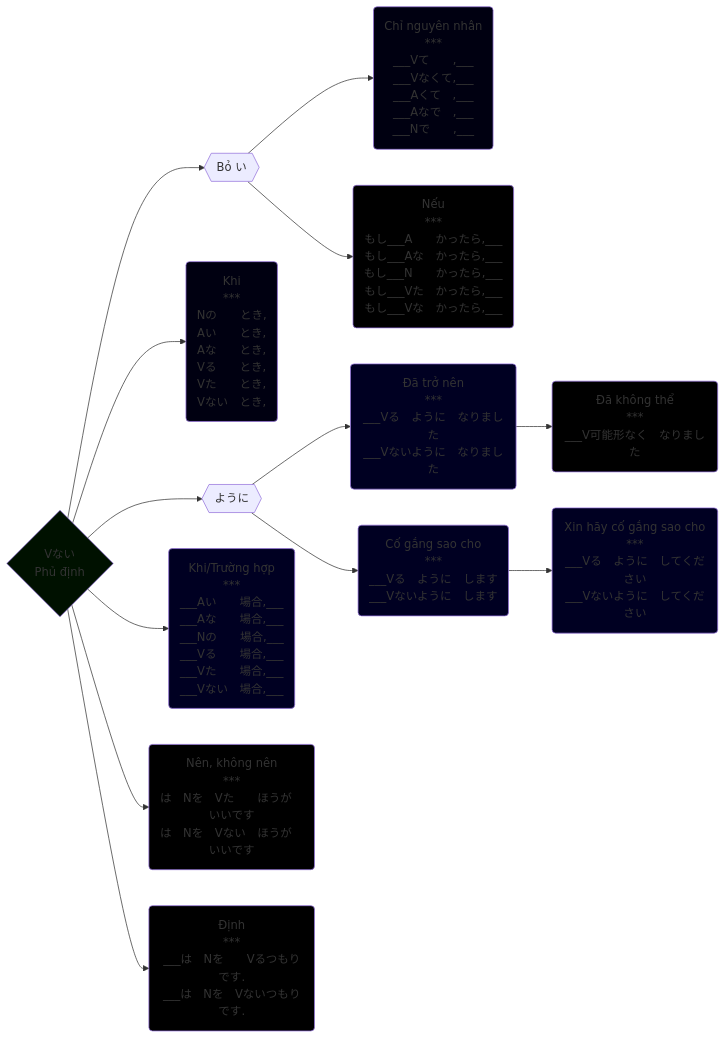
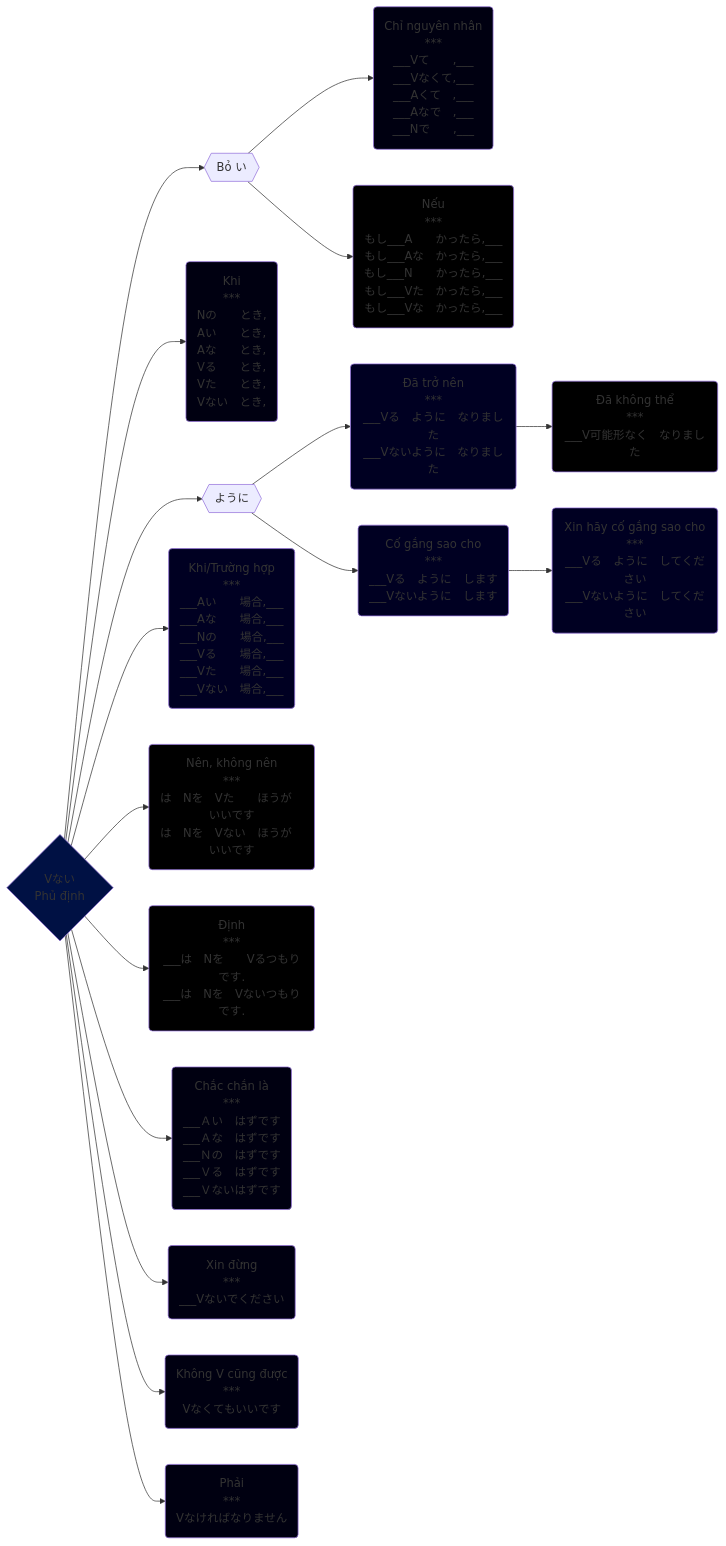
The diagram in The/未然形.md (tea1504/learn), drawn with Mermaid before and after one commit. The commit also changed 9 other files, not shown here.

````diff
--- a/The/未然形.md
+++ b/The/未然形.md
@@ -1,29 +1,37 @@
 ```mermaid
 graph LR;
     V{Vない\n Phủ định}
 
     V-->boI{{Bỏ い}}
     V-->khi(Khi\n***\nNの　　とき,\nAい　　とき,\nAな　　とき,\nVる　　とき,\nVた　　とき,\nVない　とき,)
     boI-->chiNguyenNhan(Chỉ nguyên nhân\n***\n___Vて　　,___\n___Vなくて,___\n___Aくて　,___\n___Aなで　,___\n___Nで　　,___)
     V-->youni{{ように}}
     youni-->daTroNen(Đã trở nên\n***\n___Vる　ように　なりました\n___Vないように　なりました)
     youni-->coGangSaoCho(Cố gắng sao cho\n***\n___Vる　ように　します\n___Vないように　します)
     coGangSaoCho-->xinHayCoGangSaoCho(Xin hãy cố gắng sao cho\n***\n___Vる　ように　してください\n___Vないように　してください)
     daTroNen-->daKhongThe(Đã không thể\n***\n___V可能形なく　なりました)
     V-->truongHop(Khi/Trường hợp\n***\n___Aい　　場合,___\n___Aな　　場合,___\n___Nの　　場合,___\n___Vる　　場合,___\n___Vた　　場合,___\n___Vない　場合,___)
     V-->nenKhongNen(Nên, không nên\n***\nは　Nを　Vた　　ほうが　いいです\nは　Nを　Vない　ほうが　いいです)
     boI-->neu(Nếu\n***\nもし___A　　かったら,___\nもし___Aな　かったら,___\nもし___N　　かったら,___\nもし___Vた　かったら,___\nもし___Vな　かったら,___)
     V-->dinh(Định\n***\n___は　Nを　　Vるつもりです.\n___は　Nを　Vないつもりです.)
+    V-->chacChanLa(Chắc chắn là\n***\n___Ａい　はずです\n___Ａな　はずです\n___Ｎの　はずです\n___Ｖる　はずです\n___Ｖないはずです)
+    V-->xinDung(Xin đừng\n***\n___Vないでください)
+    V-->khongCungDuoc(Không V cũng được\n***\nVなくてもいいです)
+    V-->phai(Phải\n***\nVなければなりません)
 
-    style V fill:#010
+    style V fill:#014
+    style chacChanLa fill:#001
     style chiNguyenNhan fill:#001
     style coGangSaoCho fill:#002
     style daKhongThe fill:#000
     style daTroNen fill:#002
     style dinh fill:#000
     style khi fill:#001
+    style khongCungDuoc fill:#001
     style nenKhongNen fill:#000
     style neu fill:#000
+    style phai fill:#001
     style truongHop fill:#002
+    style xinDung fill:#001
     style xinHayCoGangSaoCho fill:#002
 ```
````
